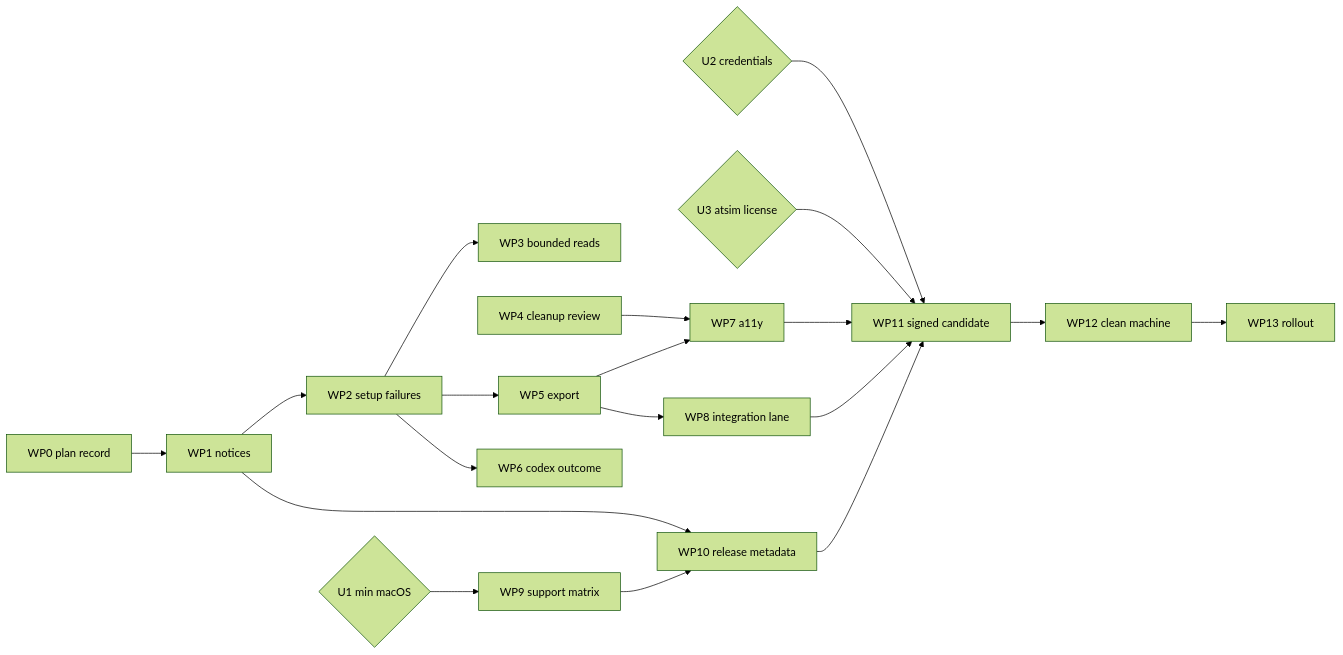
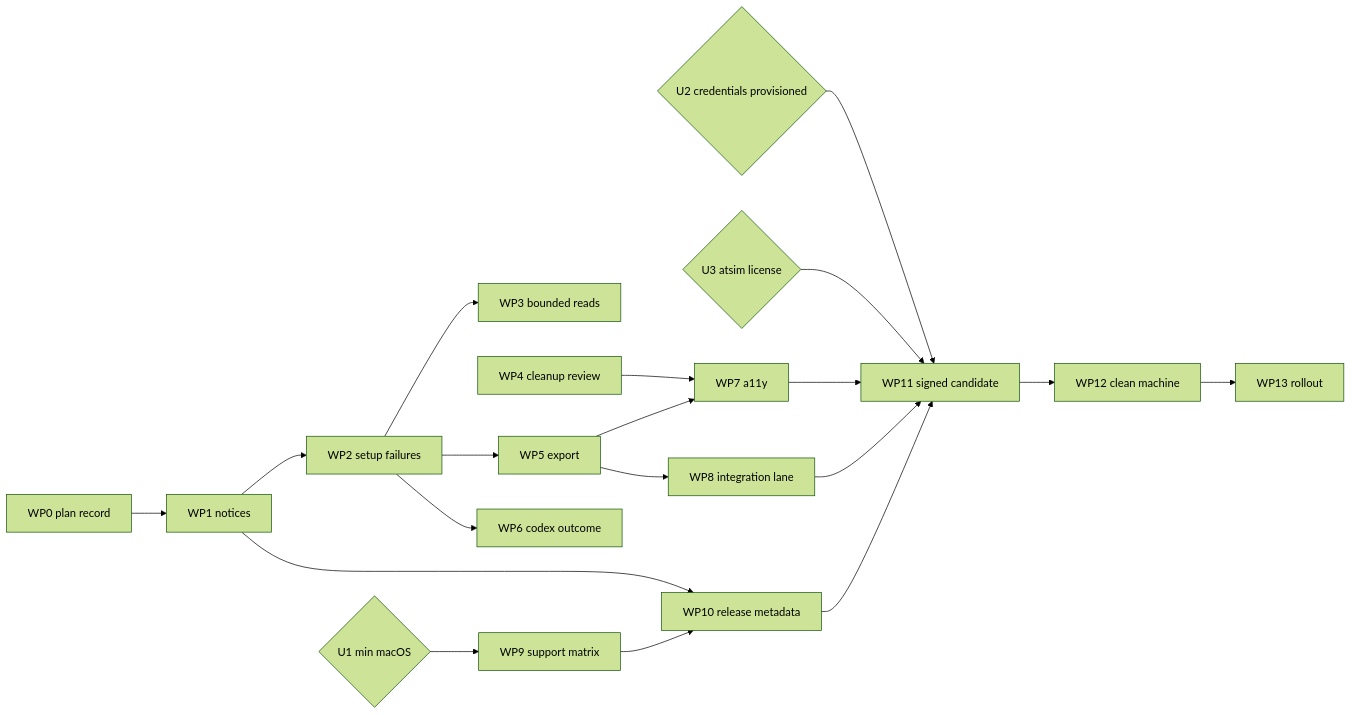
One commit to subdepthtech/nav-center changed the diagram in docs/MACOS-BETA-MILESTONE.md. Above: the diagram before and after it, drawn with Mermaid (forest theme). The commit also changed other lines of this file and 1 other file, not shown here.

````diff
--- a/docs/MACOS-BETA-MILESTONE.md
+++ b/docs/MACOS-BETA-MILESTONE.md
@@ -229,21 +233,21 @@
 ```mermaid
 flowchart LR
   WP0[WP0 plan record] --> WP1[WP1 notices]
   WP1 --> WP2[WP2 setup failures]
   WP2 --> WP3[WP3 bounded reads]
   WP2 --> WP5[WP5 export]
   WP4[WP4 cleanup review] --> WP7
   WP2 --> WP6[WP6 codex outcome]
   WP5 --> WP7[WP7 a11y]
   WP5 --> WP8[WP8 integration lane]
   U1{U1 min macOS} --> WP9[WP9 support matrix]
   WP1 --> WP10[WP10 release metadata]
   WP9 --> WP10
-  U2{U2 credentials} --> WP11[WP11 signed candidate]
+  U2{U2 credentials provisioned} --> WP11[WP11 signed candidate]
   U3{U3 atsim license} --> WP11
   WP7 --> WP11
   WP8 --> WP11
   WP10 --> WP11
   WP11 --> WP12[WP12 clean machine]
   WP12 --> WP13[WP13 rollout]
 ```
````
